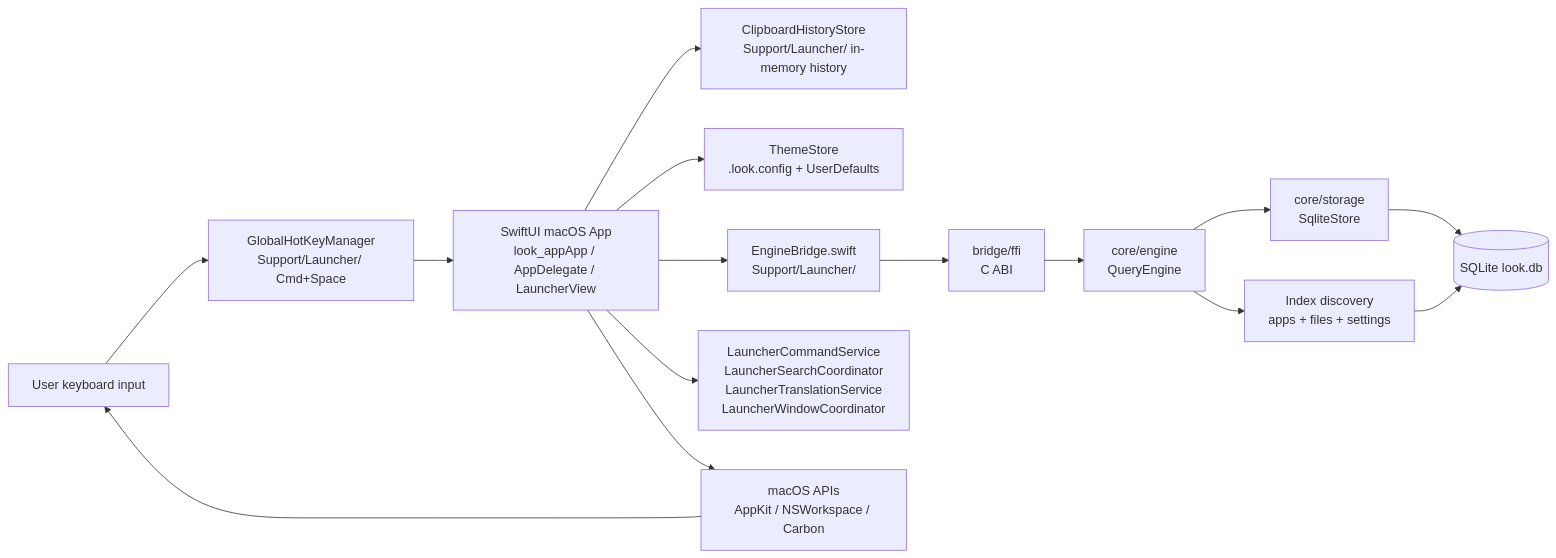
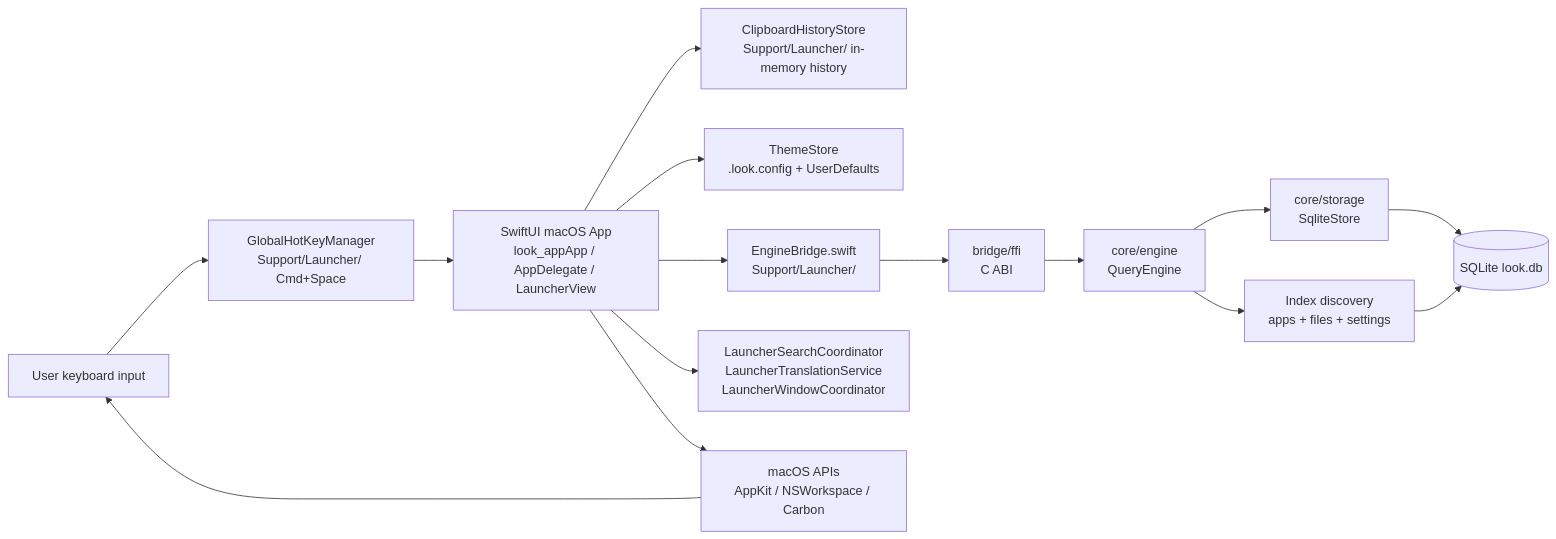
One commit to kunkka19xx/look changed the first of 9 diagrams in docs/architecture.md. Above: the diagram before and after it, drawn with Mermaid. The commit also changed other lines of this file and 9 other files, not shown here.

````diff
--- a/docs/architecture.md
+++ b/docs/architecture.md
@@ -24,21 +24,21 @@
 ```mermaid
 flowchart LR
     User[User keyboard input] --> Hotkey[GlobalHotKeyManager\nSupport/Launcher/ Cmd+Space]
     Hotkey --> App[SwiftUI macOS App\nlook_appApp / AppDelegate / LauncherView]
 
     App --> Clipboard[ClipboardHistoryStore\nSupport/Launcher/ in-memory history]
     App --> Theme[ThemeStore\n.look.config + UserDefaults]
     App --> Bridge[EngineBridge.swift\nSupport/Launcher/]
-    App --> Services[LauncherCommandService\nLauncherSearchCoordinator\nLauncherTranslationService\nLauncherWindowCoordinator]
+    App --> Services[LauncherSearchCoordinator\nLauncherTranslationService\nLauncherWindowCoordinator]
 
     Bridge --> FFI[bridge/ffi\nC ABI]
     FFI --> Engine[core/engine\nQueryEngine]
     Engine --> Storage[core/storage\nSqliteStore]
     Storage --> DB[(SQLite look.db)]
 
     Engine --> Indexers[Index discovery\napps + files + settings]
     Indexers --> DB
 
     App --> OS[macOS APIs\nAppKit / NSWorkspace / Carbon]
     OS --> User
 ```
````
